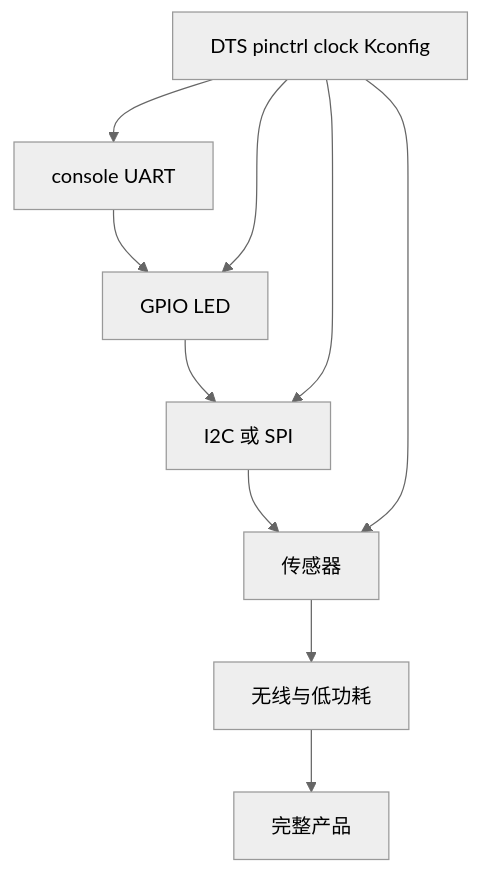
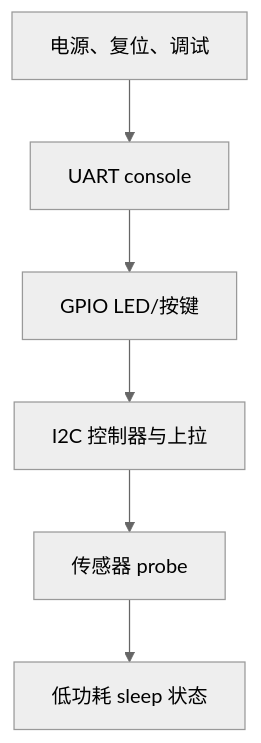
The first of 2 diagrams in docs/articles/zephyr/zephyr-24-board-porting-part2-peripherals.md (cdragon-ljl/EEandEdgeAI), drawn with Mermaid (neutral theme) before and after one commit. The commit also changed other lines of this file and 35 other files, not shown here.

````diff
--- a/docs/articles/zephyr/zephyr-24-board-porting-part2-peripherals.md
+++ b/docs/articles/zephyr/zephyr-24-board-porting-part2-peripherals.md
@@ -15,12 +26,8 @@
 ```mermaid
 flowchart TD
-    A[console UART] --> B[GPIO LED]
-    B --> C[I2C 或 SPI]
-    C --> D[传感器]
-    D --> E[无线与低功耗]
-    E --> F[完整产品]
-    G[DTS pinctrl clock Kconfig] --> A
-    G --> B
-    G --> C
-    G --> D
+    P[电源、复位、调试] --> U[UART console]
+    U --> G[GPIO LED/按键]
+    G --> I[I2C 控制器与上拉]
+    I --> S[传感器 probe]
+    S --> L[低功耗 sleep 状态]
 ```
````
